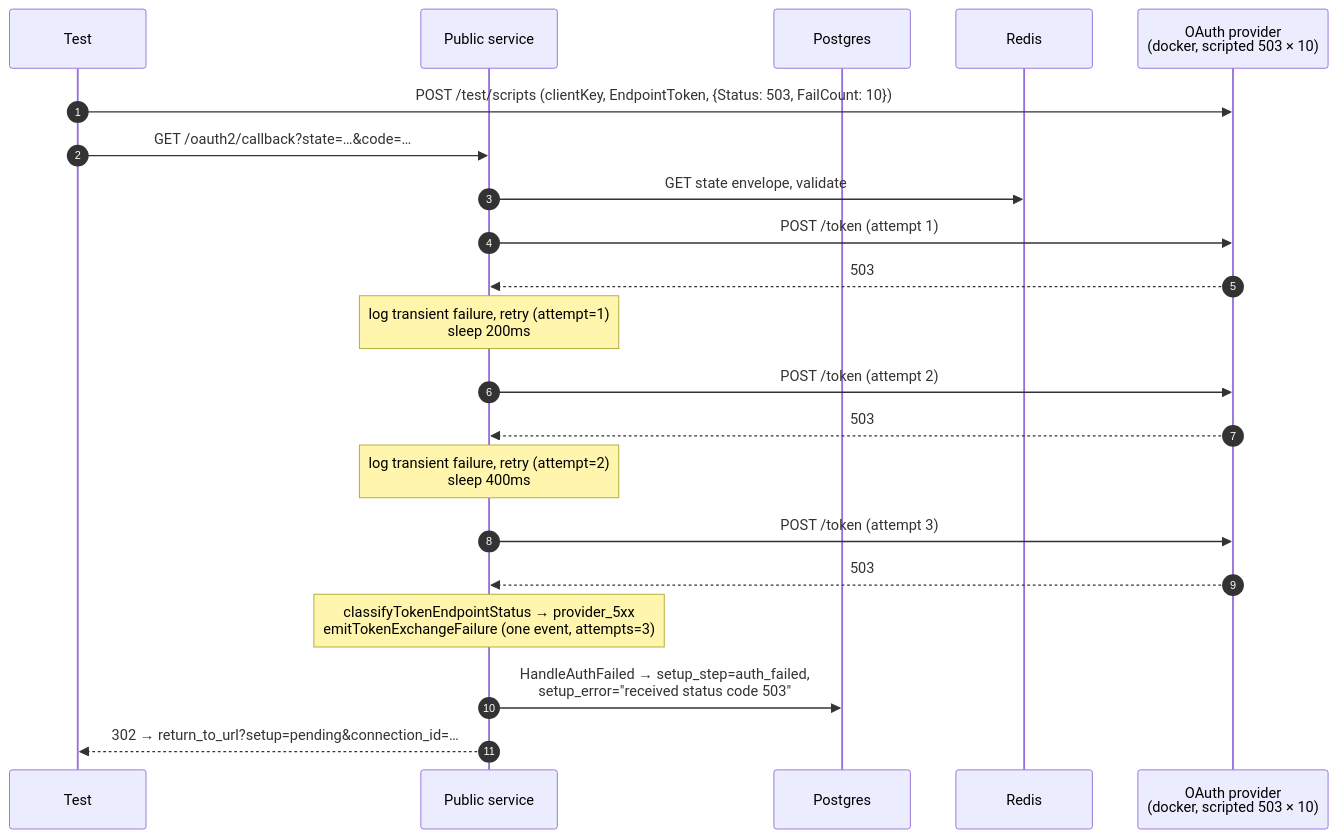
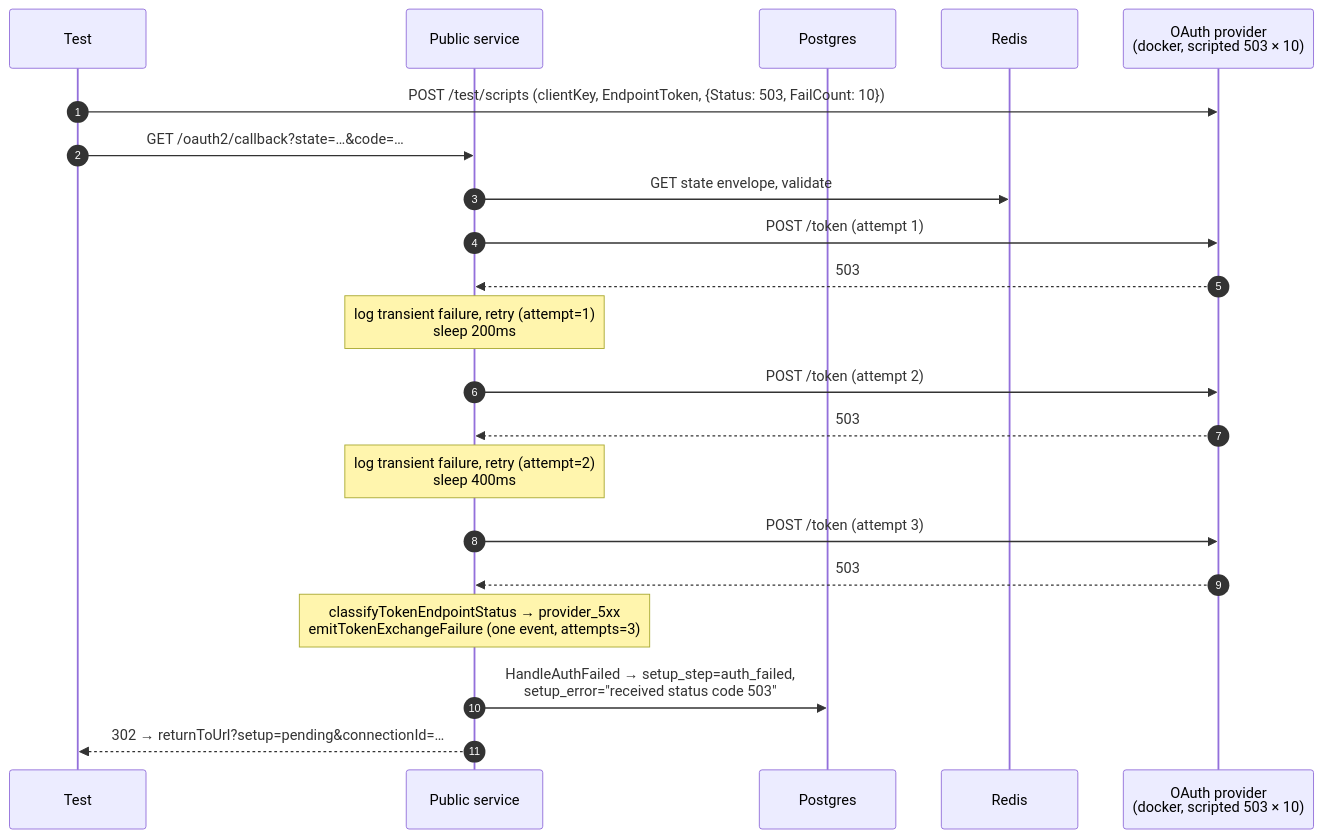
Before and after one commit to rmorlok/authproxy: the diagram in integration_tests/oauth2/callback_token_exchange_retry_test.md, drawn with Mermaid. The commit also changed other lines of this file and 228 other files, not shown here.

````diff
--- a/integration_tests/oauth2/callback_token_exchange_retry_test.md
+++ b/integration_tests/oauth2/callback_token_exchange_retry_test.md
@@ -141,25 +141,25 @@
 ```mermaid
 sequenceDiagram
     autonumber
     participant T as Test
     participant PUB as Public service
     participant DB as Postgres
     participant R as Redis
     participant P as OAuth provider<br/>(docker, scripted 503 × 10)
 
     T->>P: POST /test/scripts (clientKey, EndpointToken, {Status: 503, FailCount: 10})
 
     T->>PUB: GET /oauth2/callback?state=…&code=…
     PUB->>R: GET state envelope, validate
     PUB->>P: POST /token (attempt 1)
     P-->>PUB: 503
     Note over PUB: log transient failure, retry (attempt=1)<br/>sleep 200ms
     PUB->>P: POST /token (attempt 2)
     P-->>PUB: 503
     Note over PUB: log transient failure, retry (attempt=2)<br/>sleep 400ms
     PUB->>P: POST /token (attempt 3)
     P-->>PUB: 503
     Note over PUB: classifyTokenEndpointStatus → provider_5xx<br/>emitTokenExchangeFailure (one event, attempts=3)
     PUB->>DB: HandleAuthFailed → setup_step=auth_failed,<br/>setup_error="received status code 503"
-    PUB-->>T: 302 → return_to_url?setup=pending&connection_id=…
+    PUB-->>T: 302 → returnToUrl?setup=pending&connectionId=…
 ```
````
